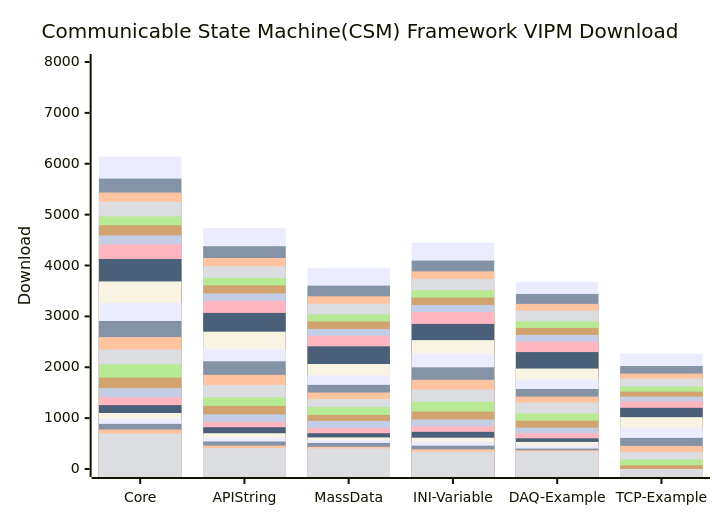
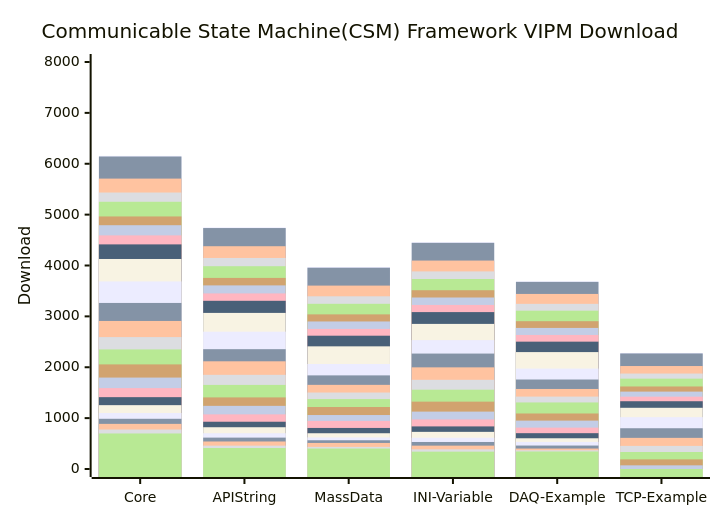
One commit to NEVSTOP-LAB/.github changed the diagram in profile/README.md. Above: the diagram before and after it, drawn with Mermaid.

Commit message:
chore: update VIPM download counts

````diff
--- a/profile/README.md
+++ b/profile/README.md
@@ -34,30 +34,31 @@
 ```mermaid
     xychart-beta
     title "Communicable State Machine(CSM) Framework VIPM Download"
     x-axis [Core, API String, MassData, INI-Variable, DAQ-Example, TCP-Example]
     y-axis "Download" 0 --> 8000
+    bar   [6155, 4749, 3970, 4459, 3688, 2281, 2026.05]
     bar   [6142, 4736, 3956, 4445, 3678, 2271, 2026.04]
     bar   [5708, 4379, 3605, 4097, 3441, 2024, 2026.03]
     bar   [5434, 4148, 3395, 3884, 3246, 1876, 2026.02]
     bar   [5253, 3986, 3247, 3734, 3112, 1776, 2026.01]
     bar   [4964, 3756, 3039, 3514, 2905, 1622, 2025.12]
     bar   [4792, 3609, 2900, 3371, 2773, 1521, 2025.11]
     bar   [4592, 3451, 2753, 3225, 2635, 1422, 2025.10]
     bar   [4415, 3306, 2620, 3084, 2503, 1332, 2025.09]
     bar   [4128, 3068, 2411, 2852, 2298, 1203, 2025.08]
     bar   [3687, 2699, 2064, 2533, 1974, 1019, 2025.07]
     bar   [3264, 2355, 1840, 2269, 1759, 801, 2025.06]
     bar   [2910, 2117, 1654, 1998, 1573, 612, 2025.05]
     bar   [2593, 1851, 1503, 1753, 1423, 454, 2025.04]
     bar   [2350, 1653, 1374, 1559, 1308, 334, 2025.03]
     bar   [2056, 1407, 1218, 1324, 1091, 189, 2025.02]
     bar   [1797, 1241, 1061, 1128, 951, 72, 2025.01]
     bar   [1590, 1074, 945, 974, 813, 0, 2024.12]
     bar   [1412, 929, 807, 837, 704, 0, 2024.11]
     bar   [1255, 821, 703, 730, 604, 0, 2024.10]
     bar   [1101, 703, 621, 615, 532, 0, 2024.09]
     bar   [987, 617, 565, 531, 461, 0, 2024.08]
     bar   [887, 541, 512, 459, 402, 0, 2024.07]
     bar   [776, 459, 435, 387, 369, 0, 2024.06]
     bar   [698, 412, 402, 341, 344, 0, 2024.05]
 ```
````
